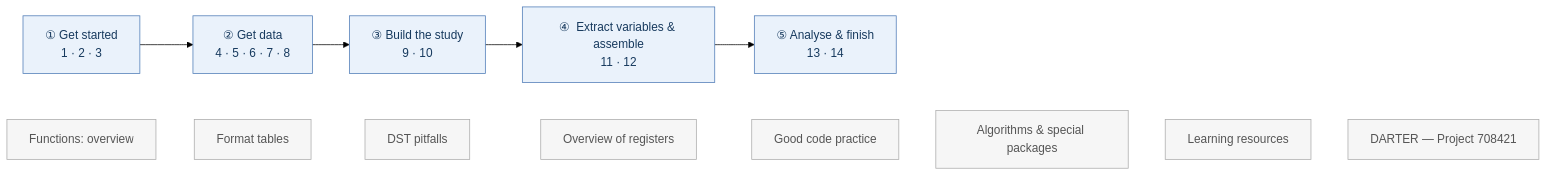
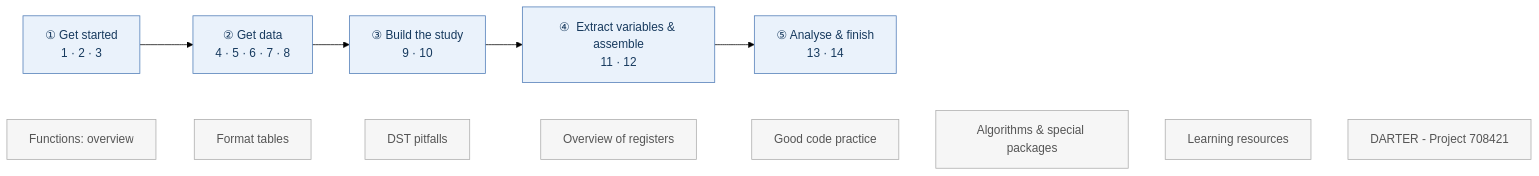
Before and after one commit to steno-aarhus/registers-guide: the diagram in docs/en/index.qmd, drawn with Mermaid (forest theme). The commit also changed other lines of this file and 78 other files, not shown here.

````diff
--- a/docs/en/index.qmd
+++ b/docs/en/index.qmd
@@ -55,9 +55,9 @@
 ```{mermaid}
 flowchart LR
     S1["①  Get started<br>1 · 2 · 3"] --> S2["②  Get data<br>4 · 5 · 6 · 7 · 8"] --> S3["③  Build the study<br>9 · 10"] --> S4["④  Extract variables & assemble<br>11 · 12"] --> S5["⑤  Analyse & finish<br>13 · 14"]
-    O1["Functions: overview"] ~~~ O2["Format tables"] ~~~ O3["DST pitfalls"] ~~~ O4["Overview of registers"] ~~~ O5["Good code practice"] ~~~ O6["Algorithms & special packages"] ~~~ O7["Learning resources"] ~~~ O8["DARTER — Project 708421"]
+    O1["Functions: overview"] ~~~ O2["Format tables"] ~~~ O3["DST pitfalls"] ~~~ O4["Overview of registers"] ~~~ O5["Good code practice"] ~~~ O6["Algorithms & special packages"] ~~~ O7["Learning resources"] ~~~ O8["DARTER - Project 708421"]
     classDef stage fill:#eaf2fb,stroke:#4a78b5,stroke-width:1px,color:#173a5e;
     classDef ref fill:#f6f6f6,stroke:#aaaaaa,color:#555555;
     class S1,S2,S3,S4,S5 stage
     class O1,O2,O3,O4,O5,O6,O7,O8 ref
 ```
````
